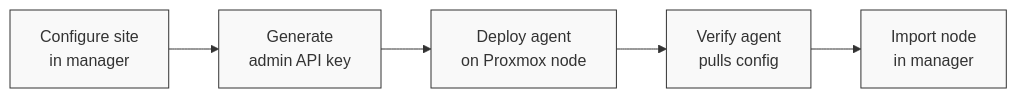
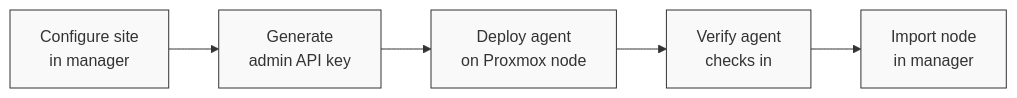
Before and after one commit to mieweb/opensource-server: the first of 2 diagrams in mie-opensource-landing/docs/admins/deploying-agents.md, drawn with Mermaid. The commit also changed other lines of this file and 61 other files, not shown here.

First line of the commit message:
Replace pull-config with TypeScript agent

````diff
--- a/mie-opensource-landing/docs/admins/deploying-agents.md
+++ b/mie-opensource-landing/docs/admins/deploying-agents.md
@@ -17,7 +17,7 @@
 ```mermaid
 graph LR
-    A[Configure site<br/>in manager] --> B[Generate<br/>admin API key] --> C[Deploy agent<br/>on Proxmox node] --> D[Verify agent<br/>pulls config] --> E[Import node<br/>in manager]
+    A[Configure site<br/>in manager] --> B[Generate<br/>admin API key] --> C[Deploy agent<br/>on Proxmox node] --> D[Verify agent<br/>checks in] --> E[Import node<br/>in manager]
 
     classDef step fill:#f9f9f9,stroke:#333,stroke-width:1px
     class A,B,C,D,E step
 ```
````
